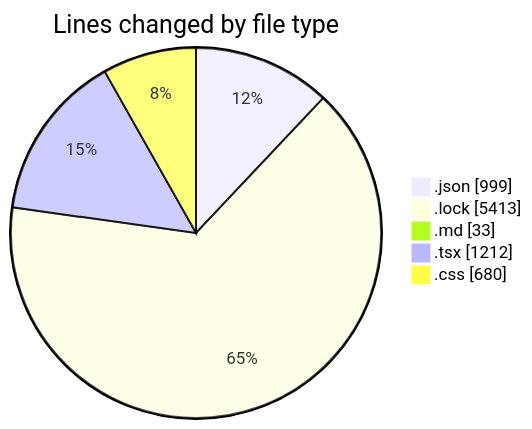
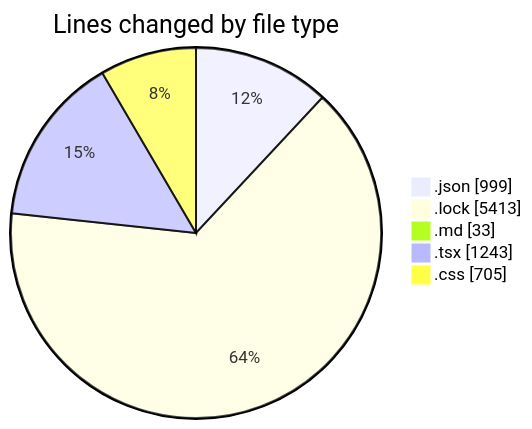
Before and after one commit to EIIisD/code-tracking: the first of 2 diagrams in 2025-08-11/ribbon/README.md, drawn with Mermaid. The commit also changed other lines of this file and 1 other file, not shown here.

````diff
--- a/2025-08-11/ribbon/README.md
+++ b/2025-08-11/ribbon/README.md
@@ -40,9 +40,9 @@
 ```mermaid
 pie showData
 title Lines changed by file type
 ".json" : 999
 ".lock" : 5413
 ".md" : 33
-".tsx" : 1212
-".css" : 680
+".tsx" : 1243
+".css" : 705
 ```
````
